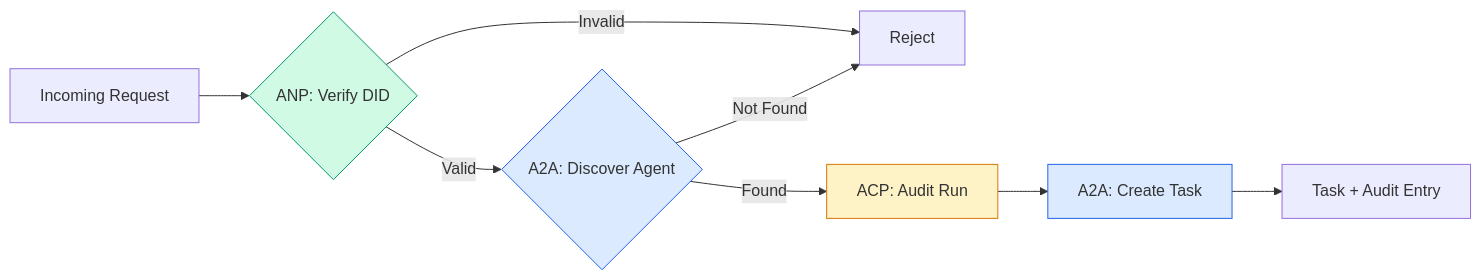
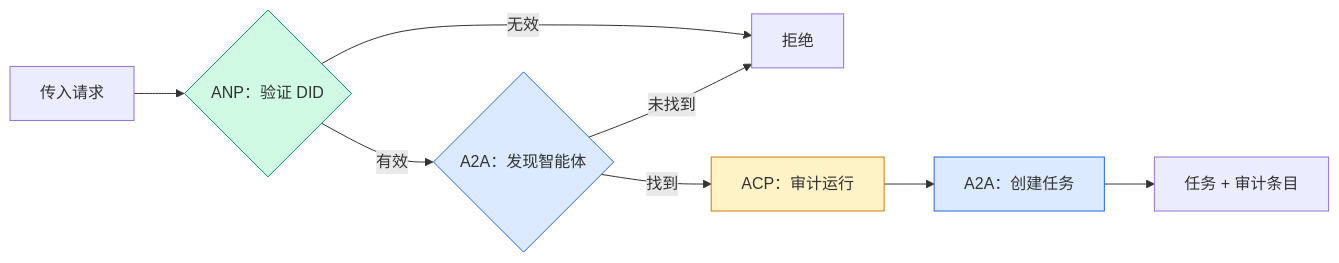
One commit to husky1102/ai-engineering-from-scratch-zh changed diagram 12 of 13 in phases/16-multi-agent-and-swarms/03-communication-protocols/docs/zh-CN.md. Above: the diagram before and after it, drawn with Mermaid. The commit also changed other lines of this file and 1 other file, not shown here.

````diff
--- a/phases/16-multi-agent-and-swarms/03-communication-protocols/docs/zh-CN.md
+++ b/phases/16-multi-agent-and-swarms/03-communication-protocols/docs/zh-CN.md
@@ -1132,15 +1132,15 @@
 ```mermaid
 graph LR
-    REQ[Incoming Request] --> ANP_V{ANP: Verify DID}
-    ANP_V -->|Valid| A2A_D{A2A: Discover Agent}
-    ANP_V -->|Invalid| REJECT[Reject]
-    A2A_D -->|Found| ACP_A[ACP: Audit Run]
-    A2A_D -->|Not Found| REJECT
-    ACP_A --> A2A_T[A2A: Create Task]
-    A2A_T --> RESULT[Task + Audit Entry]
+    REQ[传入请求] --> ANP_V{ANP：验证 DID}
+    ANP_V -->|有效| A2A_D{A2A：发现智能体}
+    ANP_V -->|无效| REJECT[拒绝]
+    A2A_D -->|找到| ACP_A[ACP：审计运行]
+    A2A_D -->|未找到| REJECT
+    ACP_A --> A2A_T[A2A：创建任务]
+    A2A_T --> RESULT[任务 + 审计条目]
 
     style ANP_V fill:#d1fae5,stroke:#059669
     style A2A_D fill:#dbeafe,stroke:#2563eb
     style ACP_A fill:#fef3c7,stroke:#d97706
     style A2A_T fill:#dbeafe,stroke:#2563eb
 ```
````
